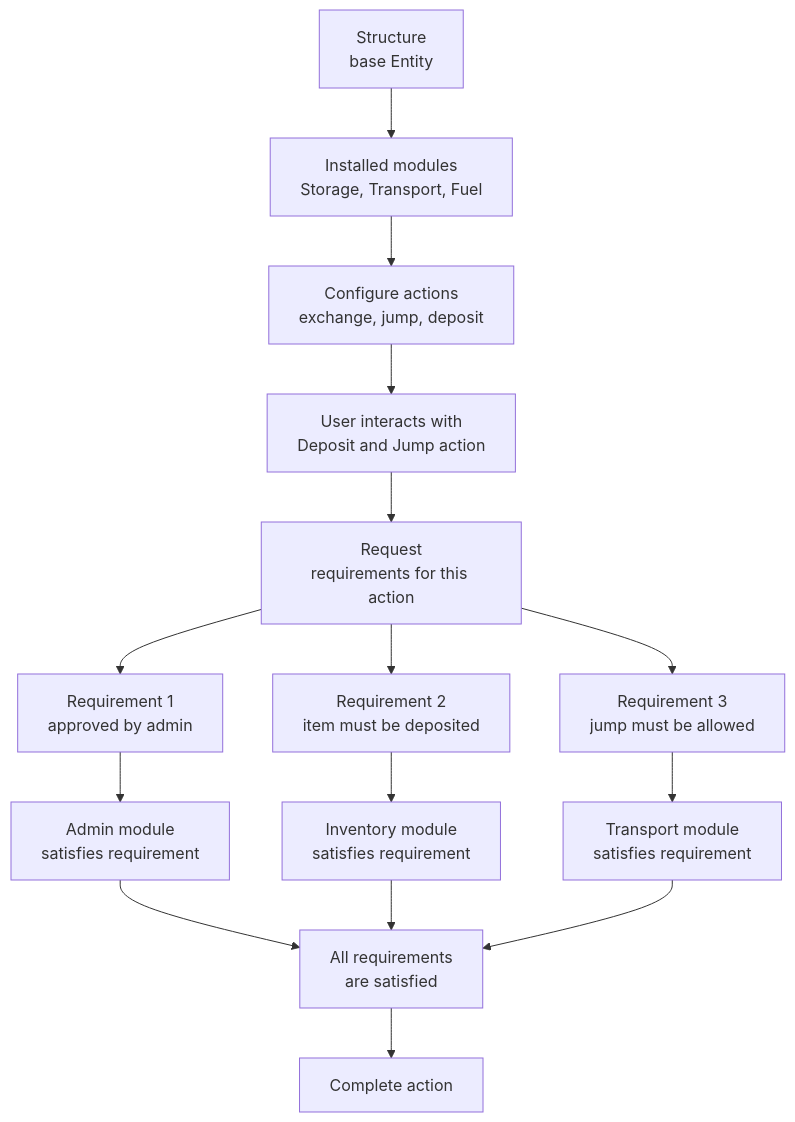
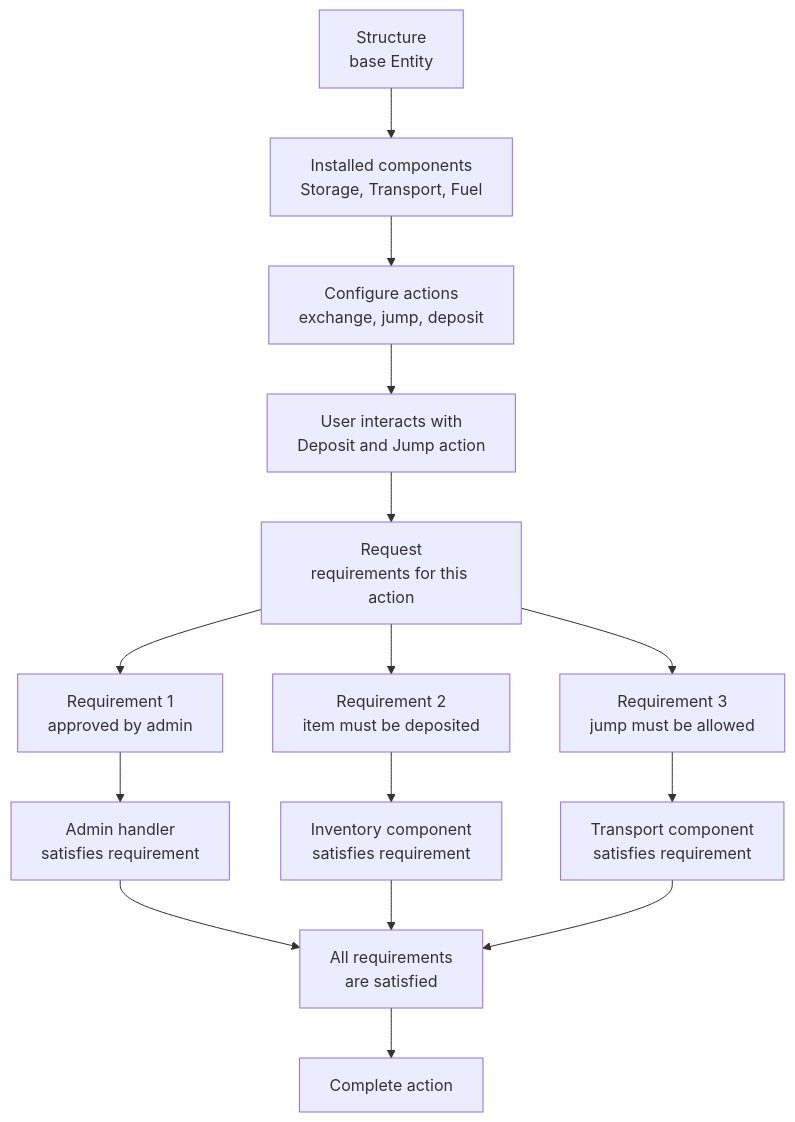
The first of 2 diagrams in docs/adr/0002-modular-architecture.md (evefrontier/world-contracts), drawn with Mermaid before and after one commit. The commit also changed other lines of this file and 37 other files, not shown here.

Commit message:
feat: rename Module to Component to differentiate game modules from on-chain modules

````diff
--- a/docs/adr/0002-modular-architecture.md
+++ b/docs/adr/0002-modular-architecture.md
@@ -54,31 +56,31 @@
 ```mermaid
 flowchart TD
     Structure["Structure<br/>base Entity"]
-    Modules["Installed modules<br/>Storage, Transport, Fuel"]
+    Modules["Installed components<br/>Storage, Transport, Fuel"]
     Configure["Configure actions<br/>exchange, jump, deposit"]
     User["User interacts with<br/>Deposit and Jump action"]
     Request["Request<br/>requirements for this action"]
     Req1["Requirement 1<br/>approved by admin"]
     Req2["Requirement 2<br/>item must be deposited"]
     Req3["Requirement 3<br/>jump must be allowed"]
-    Handler1["Admin module<br/>satisfies requirement"]
-    Handler2["Inventory module<br/>satisfies requirement"]
-    Handler3["Transport module<br/>satisfies requirement"]
+    Handler1["Admin handler<br/>satisfies requirement"]
+    Handler2["Inventory component<br/>satisfies requirement"]
+    Handler3["Transport component<br/>satisfies requirement"]
     AllSatisfied["All requirements<br/>are satisfied"]
     Complete["Complete action"]
 
     Structure --> Modules
     Modules --> Configure
     Configure --> User
     User --> Request
     Request --> Req1
     Request --> Req2
     Request --> Req3
     Req1 --> Handler1
     Req2 --> Handler2
     Req3 --> Handler3
     Handler1 --> AllSatisfied
     Handler2 --> AllSatisfied
     Handler3 --> AllSatisfied
     AllSatisfied --> Complete
 ```
````
